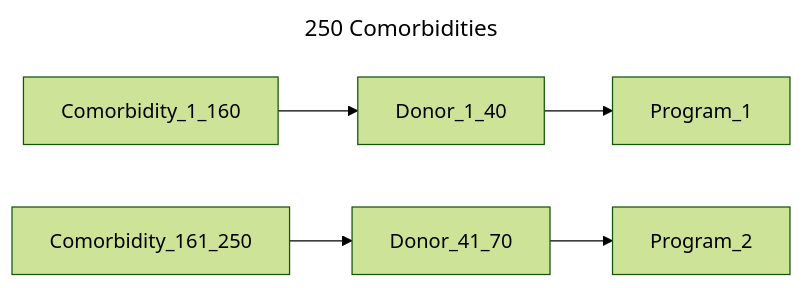
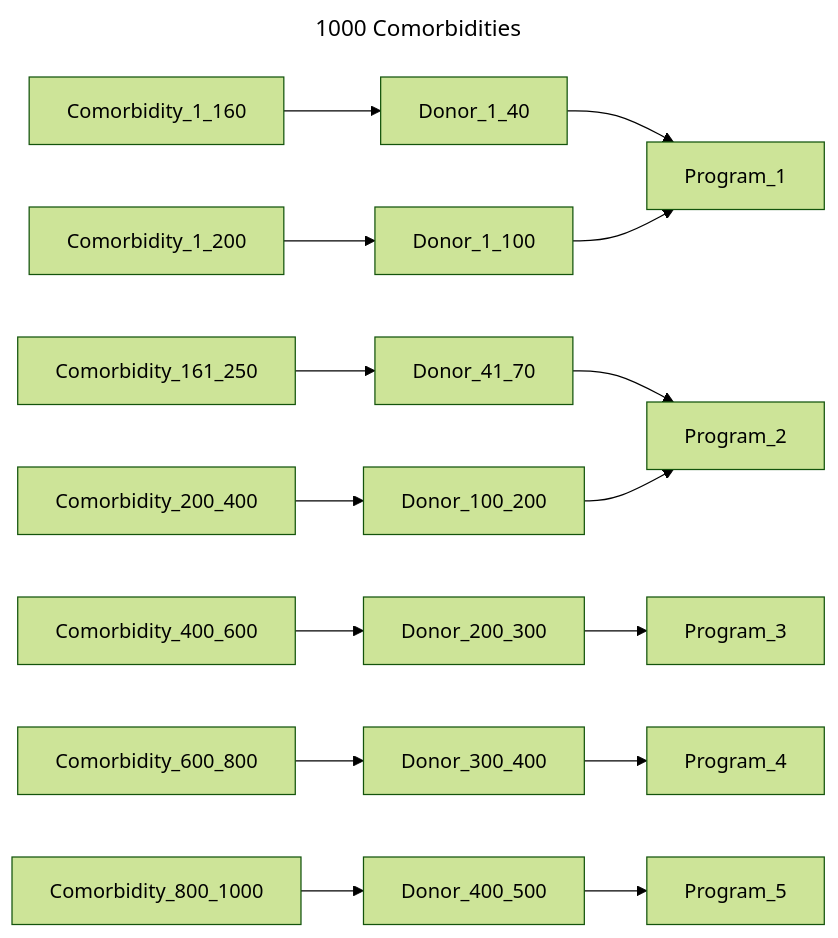
Diagram 13 of 13 in chord_metadata_service/mohpackets/data/large_dataset/README.md (bento-platform/katsu), drawn with Mermaid (forest theme) before and after one commit. The commit also changed other lines of this file, not shown here.

````diff
--- a/chord_metadata_service/mohpackets/data/large_dataset/README.md
+++ b/chord_metadata_service/mohpackets/data/large_dataset/README.md
@@ -183,8 +195,14 @@
 ```mermaid
 ---
-title: 250 Comorbidities
+title: 1000 Comorbidities
 ---
 graph LR;  
   Comorbidity_1_160 --> Donor_1_40 --> Program_1;
   Comorbidity_161_250 --> Donor_41_70 --> Program_2;
+
+  Comorbidity_1_200 --> Donor_1_100 --> Program_1;
+  Comorbidity_200_400 --> Donor_100_200 --> Program_2;  
+  Comorbidity_400_600 --> Donor_200_300 --> Program_3;  
+  Comorbidity_600_800 --> Donor_300_400 --> Program_4;  
+  Comorbidity_800_1000 --> Donor_400_500 --> Program_5;  
 ```
````
